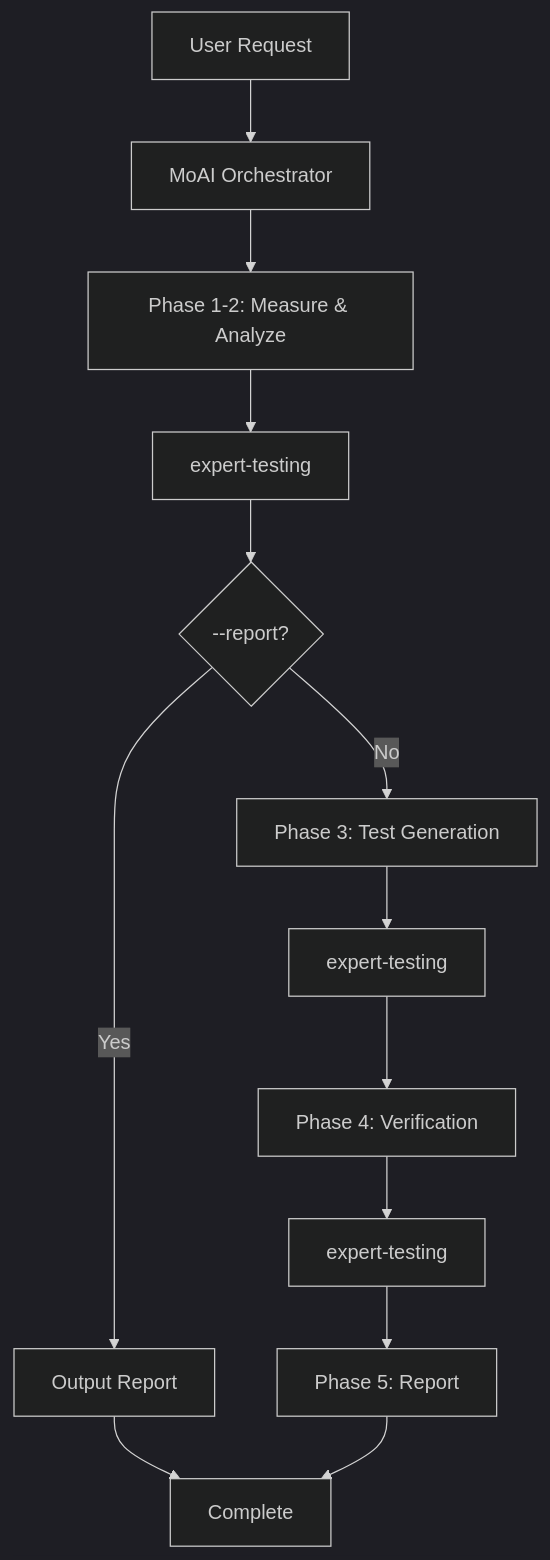
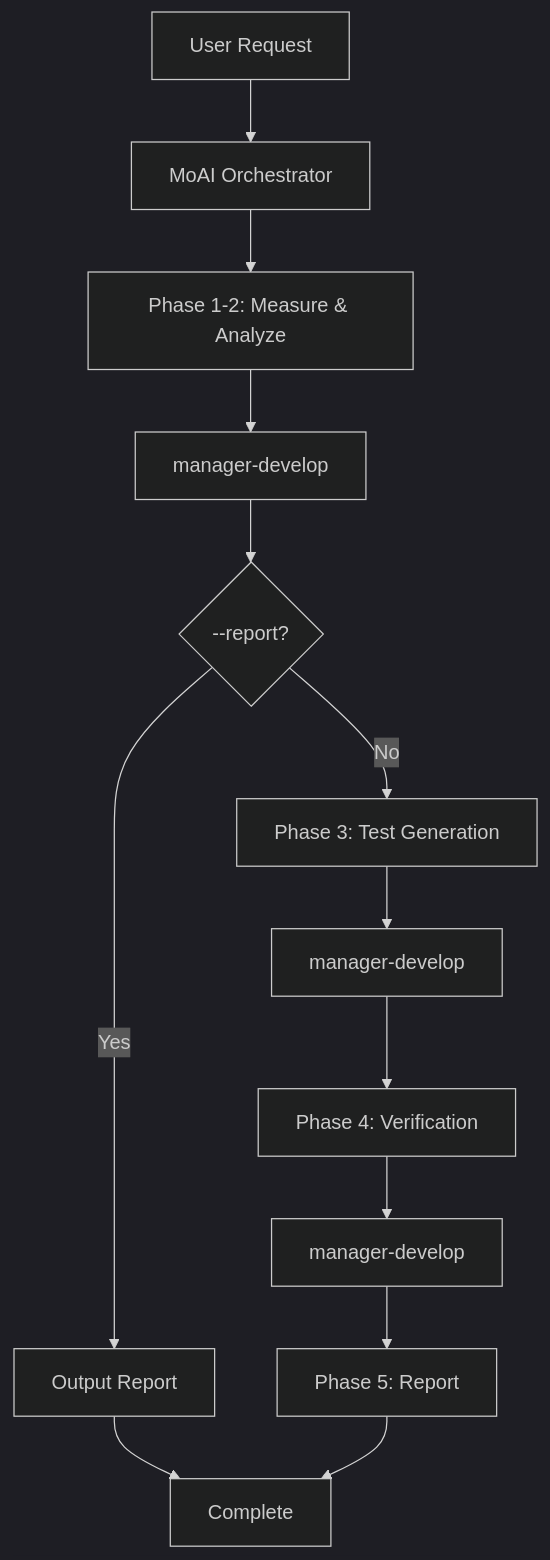
Before and after one commit to modu-ai/moai-adk: the second of 2 diagrams in docs-site/content/en/quality-commands/moai-coverage.md, drawn with Mermaid (dark theme). The commit also changed other lines of this file and 153 other files, not shown here.

````diff
--- a/docs-site/content/en/quality-commands/moai-coverage.md
+++ b/docs-site/content/en/quality-commands/moai-coverage.md
@@ -178,18 +178,18 @@
 ```mermaid
 flowchart TD
     User["User Request"] --> MoAI["MoAI Orchestrator"]
     MoAI --> Measure["Phase 1-2: Measure & Analyze"]
-    Measure --> Testing["expert-testing"]
+    Measure --> Testing["manager-develop"]
 
     Testing --> Check{"--report?"}
     Check -->|Yes| ReportOnly["Output Report"]
     Check -->|No| Generate["Phase 3: Test Generation"]
-    Generate --> TestingGen["expert-testing"]
+    Generate --> TestingGen["manager-develop"]
 
     TestingGen --> Verify["Phase 4: Verification"]
-    Verify --> TestingVer["expert-testing"]
+    Verify --> TestingVer["manager-develop"]
 
     TestingVer --> Report["Phase 5: Report"]
     ReportOnly --> Done["Complete"]
     Report --> Done
 ```
````
